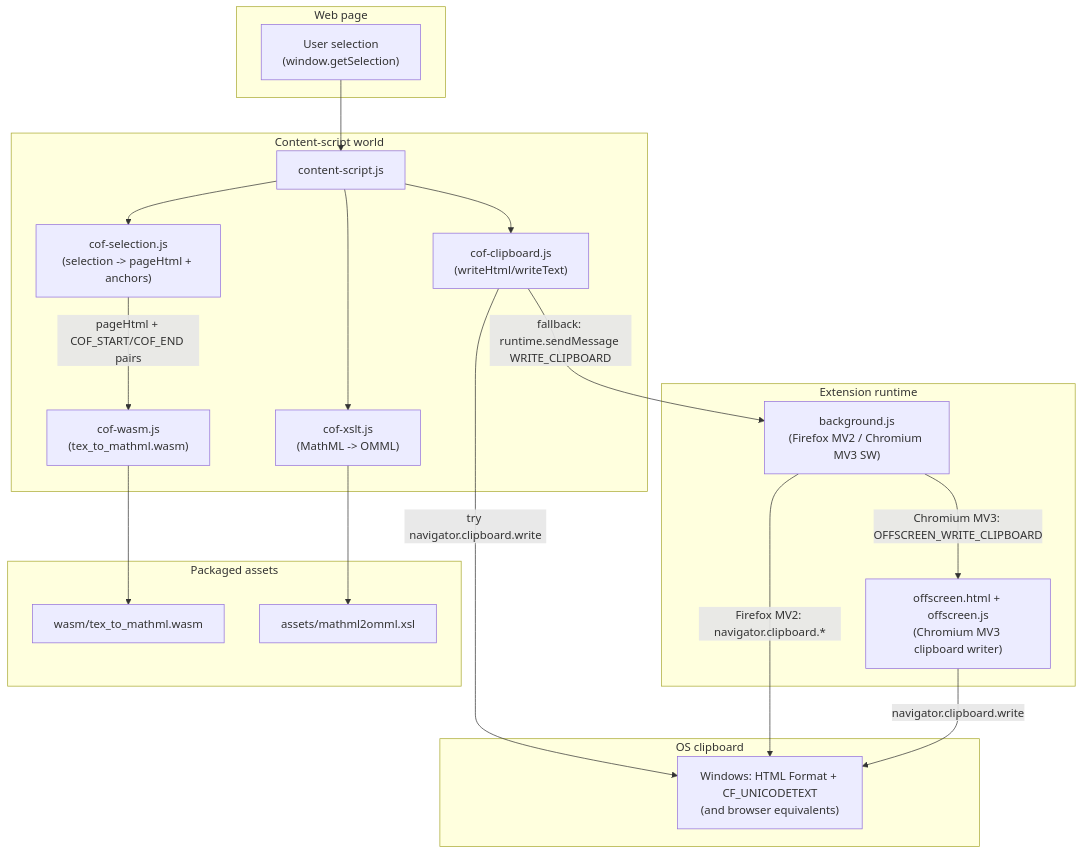
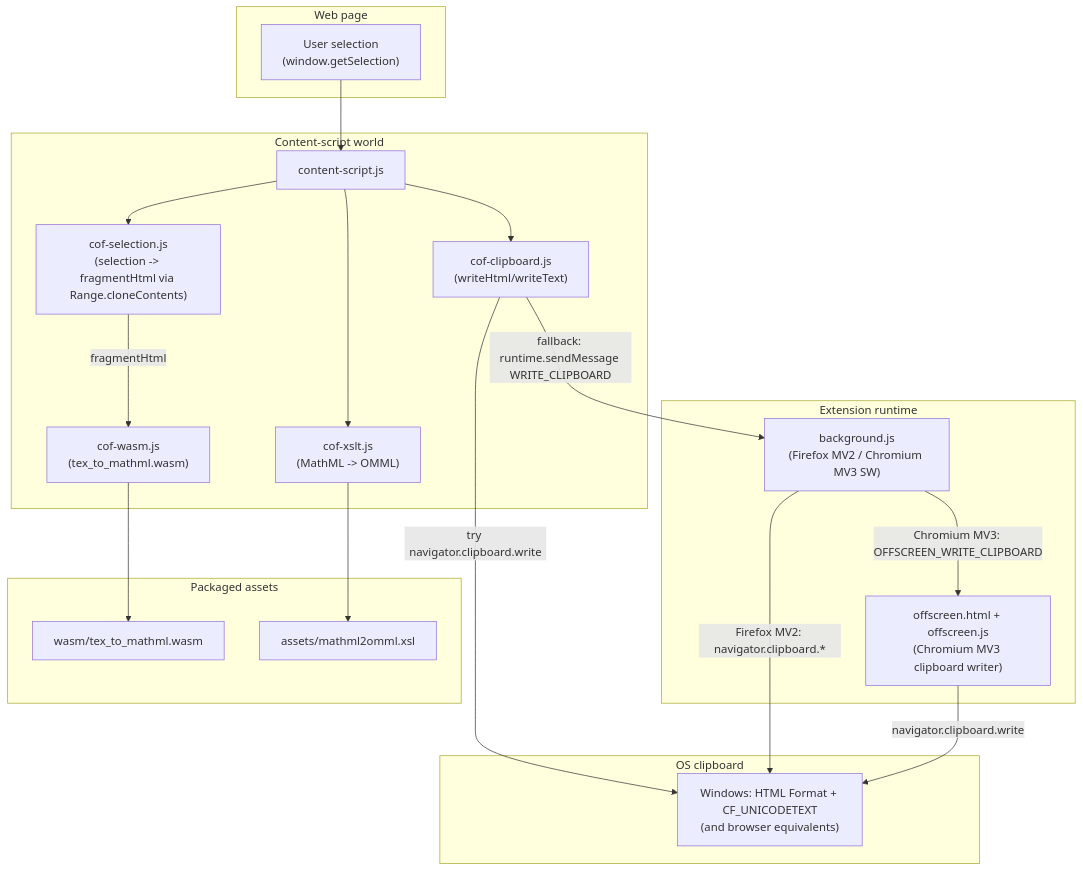
The first of 3 diagrams in diagram.md (AlHeloween/gpt-latex-ctrl-c-v), drawn with Mermaid before and after one commit. The commit also changed other lines of this file and 13 other files, not shown here.

````diff
--- a/diagram.md
+++ b/diagram.md
@@ -7,41 +7,41 @@
 ```mermaid
 flowchart TB
   subgraph Page["Web page"]
     SEL["User selection\n(window.getSelection)"]
   end
 
   subgraph CSW["Content-script world"]
     CS["content-script.js"]
-    S["cof-selection.js\n(selection -> pageHtml + anchors)"]
+    S["cof-selection.js\n(selection -> fragmentHtml via Range.cloneContents)"]
     W["cof-wasm.js\n(tex_to_mathml.wasm)"]
     X["cof-xslt.js\n(MathML -> OMML)"]
     C["cof-clipboard.js\n(writeHtml/writeText)"]
   end
 
   subgraph Ext["Extension runtime"]
     BG["background.js\n(Firefox MV2 / Chromium MV3 SW)"]
     OFF["offscreen.html + offscreen.js\n(Chromium MV3 clipboard writer)"]
   end
 
   subgraph Assets["Packaged assets"]
     WASM["wasm/tex_to_mathml.wasm"]
     XSL["assets/mathml2omml.xsl"]
   end
 
   subgraph OS["OS clipboard"]
     CLIP["Windows: HTML Format + CF_UNICODETEXT\n(and browser equivalents)"]
   end
 
   SEL --> CS
   CS --> S
-  S -->|pageHtml + COF_START/COF_END pairs| W
+  S -->|fragmentHtml| W
   W --> WASM
   CS --> X
   X --> XSL
   CS --> C
   C -->|try navigator.clipboard.write| CLIP
   C -->|fallback: runtime.sendMessage WRITE_CLIPBOARD| BG
   BG -->|Firefox MV2: navigator.clipboard.*| CLIP
   BG -->|Chromium MV3: OFFSCREEN_WRITE_CLIPBOARD| OFF
   OFF -->|navigator.clipboard.write| CLIP
 ```
````
